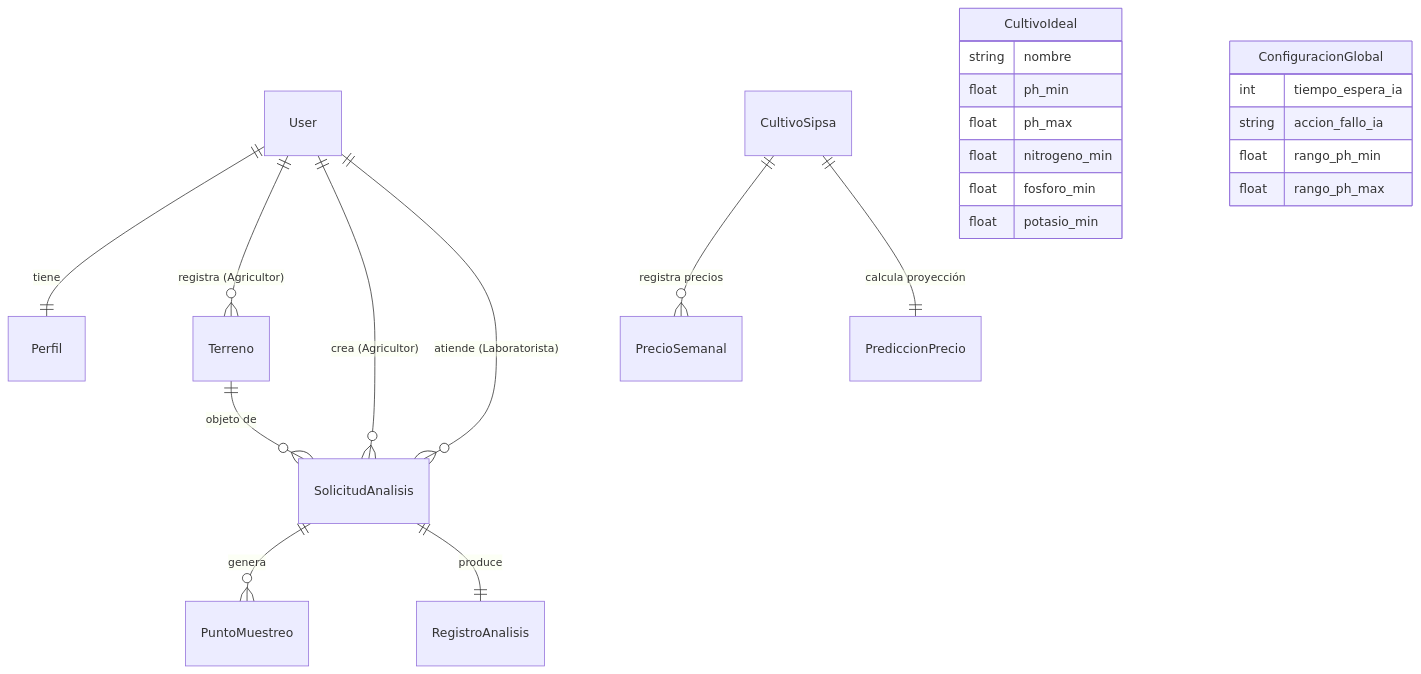
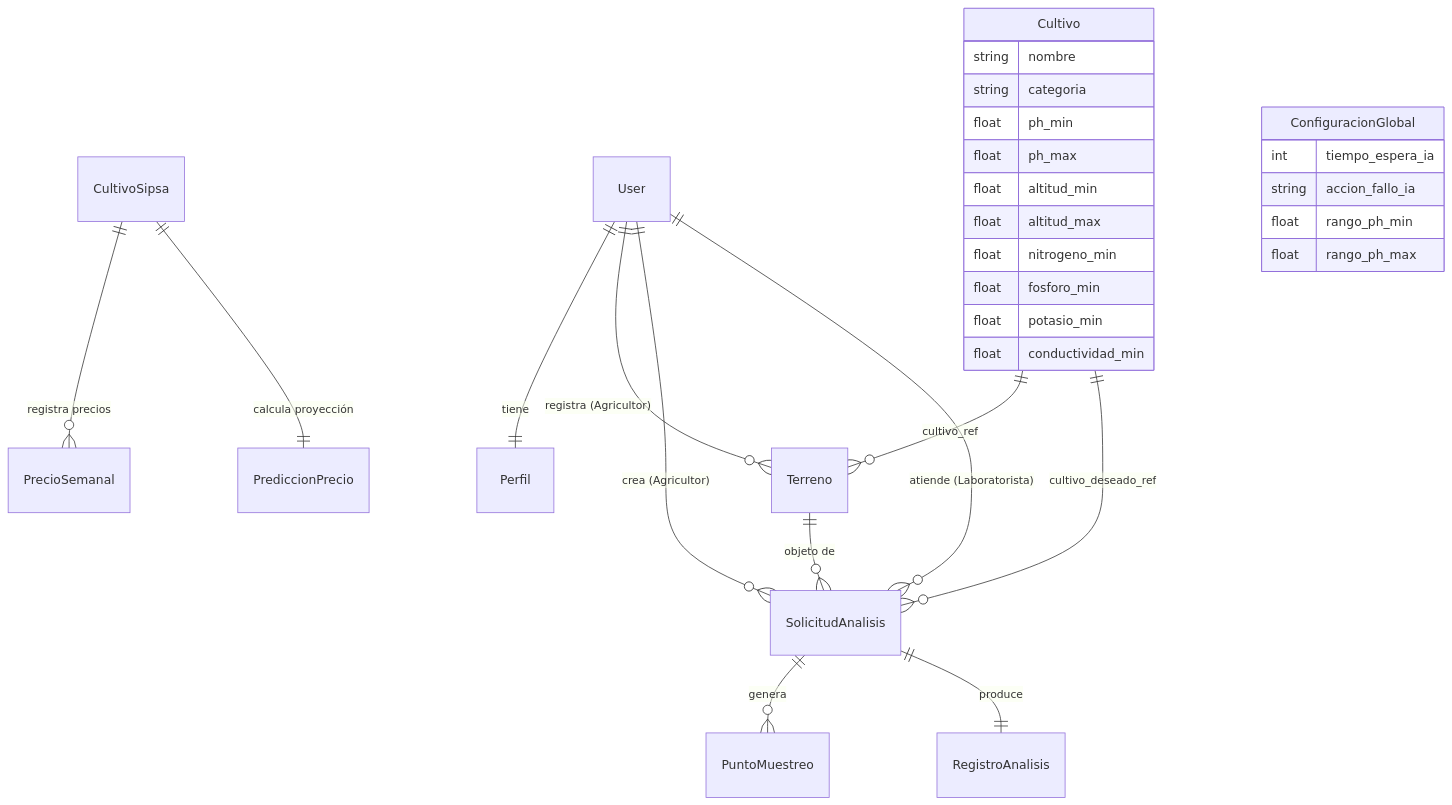
Before and after one commit to JuanGuarnizo77/TierSystem: the second of 3 diagrams in documentacion/arquitectura_rutas_modelos_por_rol.md, drawn with Mermaid. The commit also changed other lines of this file and 6 other files, not shown here.

````diff
--- a/documentacion/arquitectura_rutas_modelos_por_rol.md
+++ b/documentacion/arquitectura_rutas_modelos_por_rol.md
@@ -120,31 +122,37 @@
 ```mermaid
 erDiagram
     User ||--|| Perfil : "tiene"
     User ||--o{ Terreno : "registra (Agricultor)"
     User ||--o{ SolicitudAnalisis : "crea (Agricultor)"
     User ||--o{ SolicitudAnalisis : "atiende (Laboratorista)"
     
+    Cultivo ||--o{ Terreno : "cultivo_ref"
+    Cultivo ||--o{ SolicitudAnalisis : "cultivo_deseado_ref"
     Terreno ||--o{ SolicitudAnalisis : "objeto de"
     
     SolicitudAnalisis ||--o{ PuntoMuestreo : "genera"
     SolicitudAnalisis ||--|| RegistroAnalisis : "produce"
     
     CultivoSipsa ||--o{ PrecioSemanal : "registra precios"
     CultivoSipsa ||--|| PrediccionPrecio : "calcula proyección"
     
-    CultivoIdeal {
+    Cultivo {
         string nombre
+        string categoria
         float ph_min
         float ph_max
+        float altitud_min
+        float altitud_max
         float nitrogeno_min
         float fosforo_min
         float potasio_min
+        float conductividad_min
     }
     
     ConfiguracionGlobal {
         int tiempo_espera_ia
         string accion_fallo_ia
         float rango_ph_min
         float rango_ph_max
     }
 ```
````
